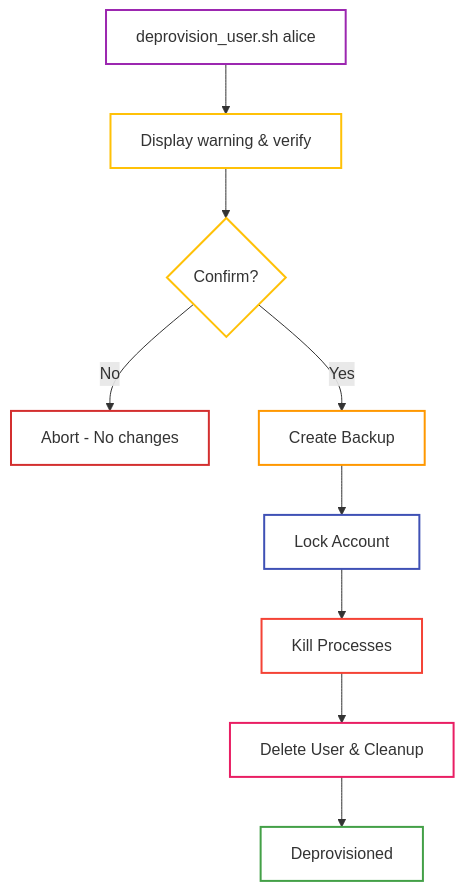
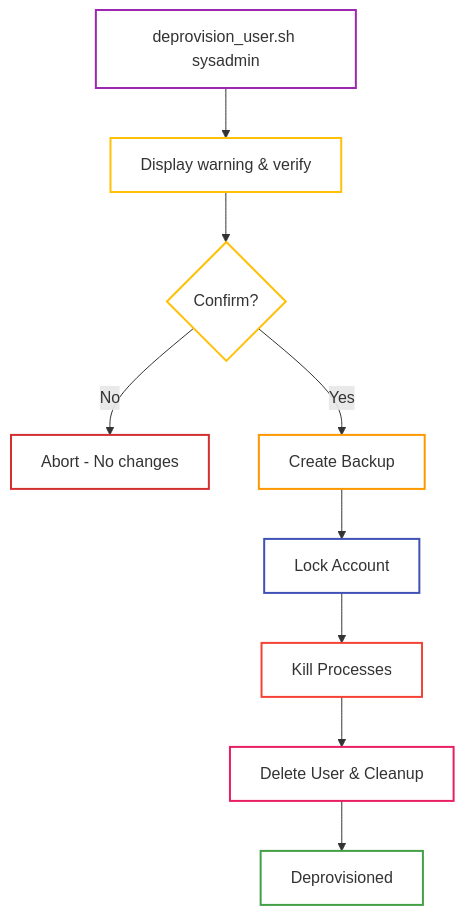
The seventh of 7 diagrams in docs/architecture.md (aaronwittchen/Automated-Storage-Provisioning-Tool), drawn with Mermaid before and after one commit. The commit also changed other lines of this file and 8 other files, not shown here.

````diff
--- a/docs/architecture.md
+++ b/docs/architecture.md
@@ -308,21 +308,21 @@
 ```mermaid
 graph TD
-    A["deprovision_user.sh alice"] --> B["Display warning & verify"]
+    A["deprovision_user.sh sysadmin"] --> B["Display warning & verify"]
     B --> C{Confirm?}
     C -->|No| D["Abort - No changes"]
     C -->|Yes| E["Create Backup"]
     E --> F["Lock Account"]
     F --> G["Kill Processes"]
     G --> H["Delete User & Cleanup"]
     H --> I["Deprovisioned"]
     
     style A stroke:#9c27b0,stroke-width:2px,fill:none
     style B stroke:#ffc107,stroke-width:2px,fill:none
     style C stroke:#ffc107,stroke-width:2px,fill:none
     style E stroke:#ff9800,stroke-width:2px,fill:none
     style F stroke:#3f51b5,stroke-width:2px,fill:none
     style G stroke:#f44336,stroke-width:2px,fill:none
     style H stroke:#e91e63,stroke-width:2px,fill:none
     style I stroke:#43a047,stroke-width:2px,fill:none
     style D stroke:#d32f2f,stroke-width:2px,fill:none
 ```
````
